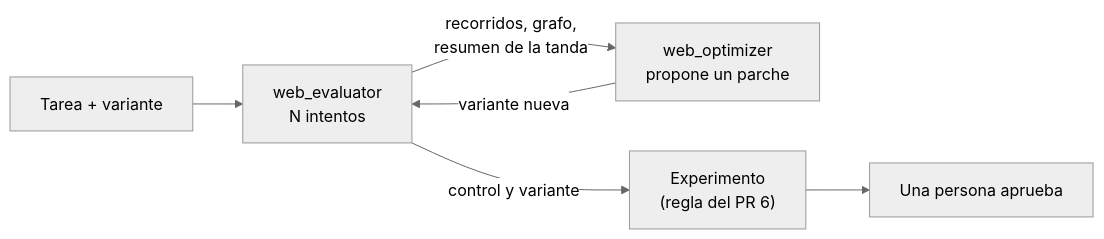
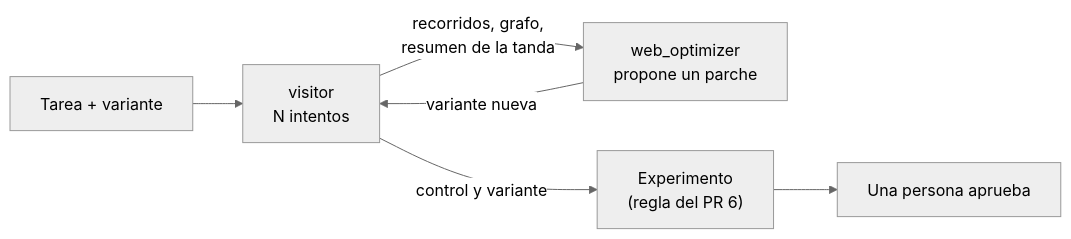
Before and after one commit to platanus-hack/platanus-hack-26-cl-team-36: the second of 2 diagrams in docs/agents/arquitectura.md, drawn with Mermaid (neutral theme). The commit also changed other lines of this file and 12 other files, not shown here.

````diff
--- a/docs/agents/arquitectura.md
+++ b/docs/agents/arquitectura.md
@@ -95,8 +82,8 @@
 ```mermaid
 flowchart LR
-  T["Tarea + variante"] --> E["web_evaluator<br/>N intentos"]
+  T["Tarea + variante"] --> E["visitor<br/>N intentos"]
   E -->|"recorridos, grafo,<br/>resumen de la tanda"| O["web_optimizer<br/>propone un parche"]
   O -->|"variante nueva"| E
   E -->|"control y variante"| X["Experimento<br/>(regla del PR 6)"]
   X --> P["Una persona aprueba"]
 ```
````
